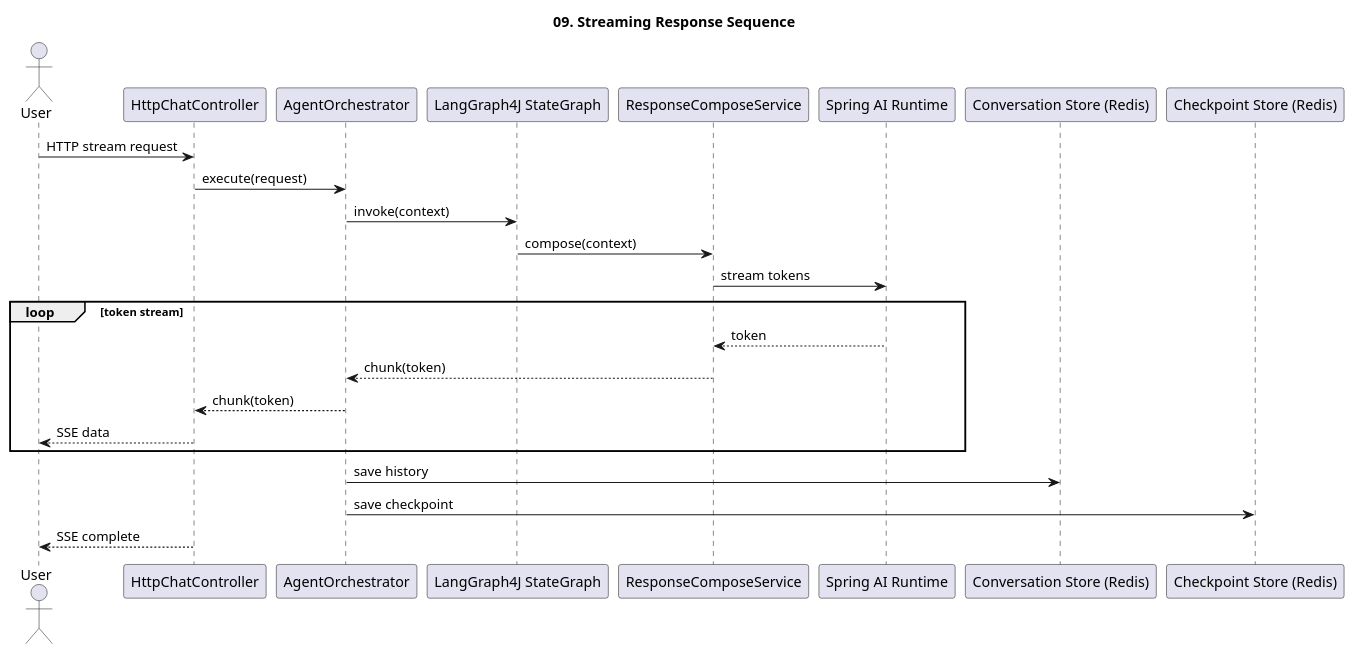
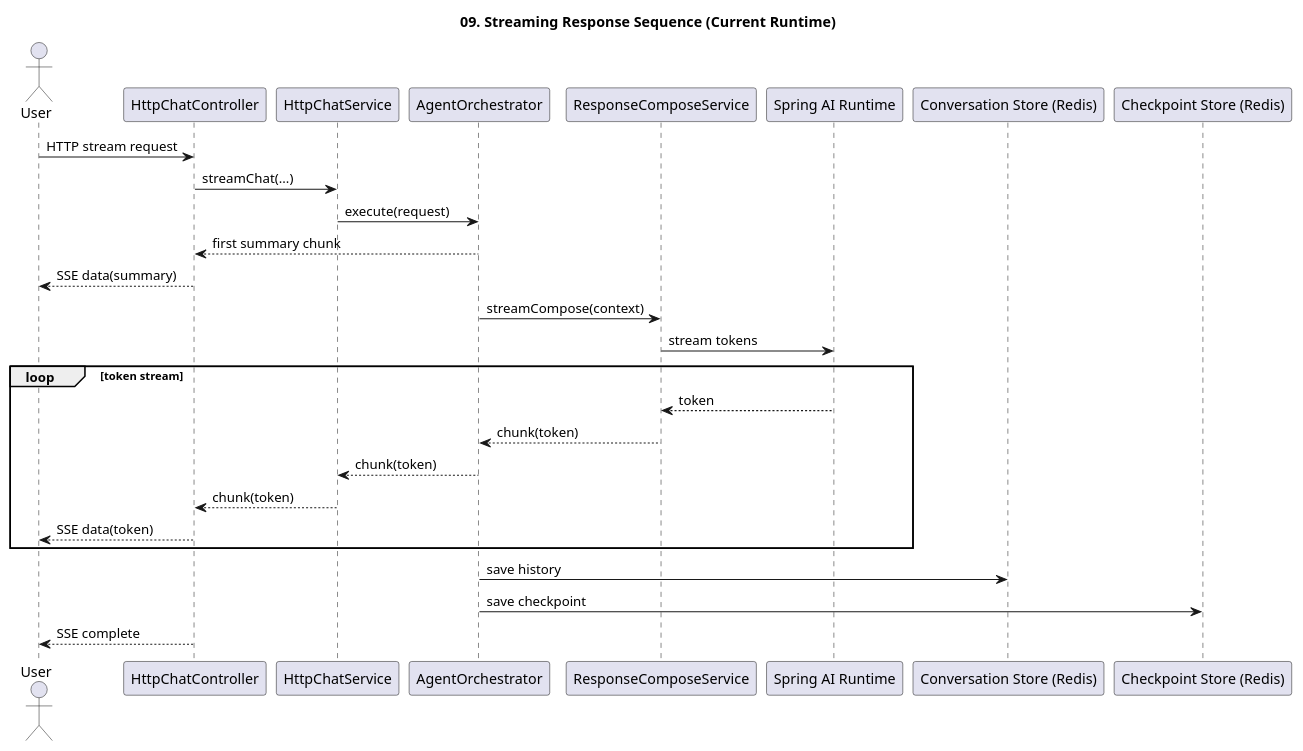
Before and after one commit to kim57uak/spring-ai: the diagram in documents/mcp-orchestrator-architecture/09-streaming-response-sequence.puml, drawn with PlantUML. The commit also changed 63 other files, not shown here.

Commit message:
Refactor agent architecture, exception layering, and docs sync

```diff
--- a/documents/mcp-orchestrator-architecture/09-streaming-response-sequence.puml
+++ b/documents/mcp-orchestrator-architecture/09-streaming-response-sequence.puml
@@ -1,33 +1,38 @@
 @startuml
 !pragma layout smetana
-title 09. Streaming Response Sequence
+title 09. Streaming Response Sequence (Current Runtime)
 
 skinparam shadowing false
 
 actor User
 participant "HttpChatController" as Controller
+participant "HttpChatService" as ChatService
 participant "AgentOrchestrator" as Orchestrator
-participant "LangGraph4J StateGraph" as StateGraph
 participant "ResponseComposeService" as Composer
 participant "Spring AI Runtime" as Runtime
 participant "Conversation Store (Redis)" as HistoryRedis
 participant "Checkpoint Store (Redis)" as CheckpointRedis
 
 User -> Controller : HTTP stream request
-Controller -> Orchestrator : execute(request)
-Orchestrator -> StateGraph : invoke(context)
-StateGraph -> Composer : compose(context)
+Controller -> ChatService : streamChat(...)
+ChatService -> Orchestrator : execute(request)
+
+Orchestrator --> Controller : first summary chunk
+Controller --> User : SSE data(summary)
+
+Orchestrator -> Composer : streamCompose(context)
 Composer -> Runtime : stream tokens
 
 loop token stream
   Runtime --> Composer : token
   Composer --> Orchestrator : chunk(token)
-  Orchestrator --> Controller : chunk(token)
-  Controller --> User : SSE data
+  Orchestrator --> ChatService : chunk(token)
+  ChatService --> Controller : chunk(token)
+  Controller --> User : SSE data(token)
 end
 
 Orchestrator -> HistoryRedis : save history
 Orchestrator -> CheckpointRedis : save checkpoint
 Controller --> User : SSE complete
 
 @enduml
```
